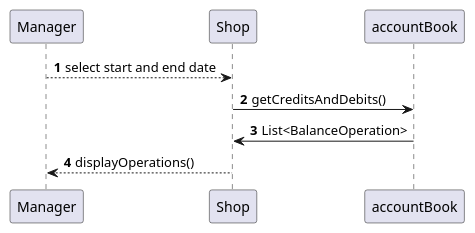
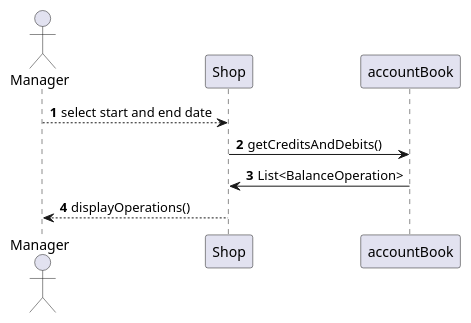
One commit to b3xul/ezshop changed diagram 14 of 14 in Deliverables/DesignDocument.md. Above: the diagram before and after it, drawn with PlantUML. The commit also changed other lines of this file and 1 other file, not shown here.

Commit message:
updated sequences

````diff
--- a/Deliverables/DesignDocument.md
+++ b/Deliverables/DesignDocument.md
@@ -425,15 +504,15 @@
 ```plantuml
 @startuml
 
-participant Manager 
+actor Manager 
 participant Shop
 participant accountBook
 
 autonumber
 Manager --> Shop : select start and end date
 Shop -> accountBook: getCreditsAndDebits()
 accountBook -> Shop: List<BalanceOperation>
 Shop --> Manager: displayOperations()
 
 @enduml
 ```
````
